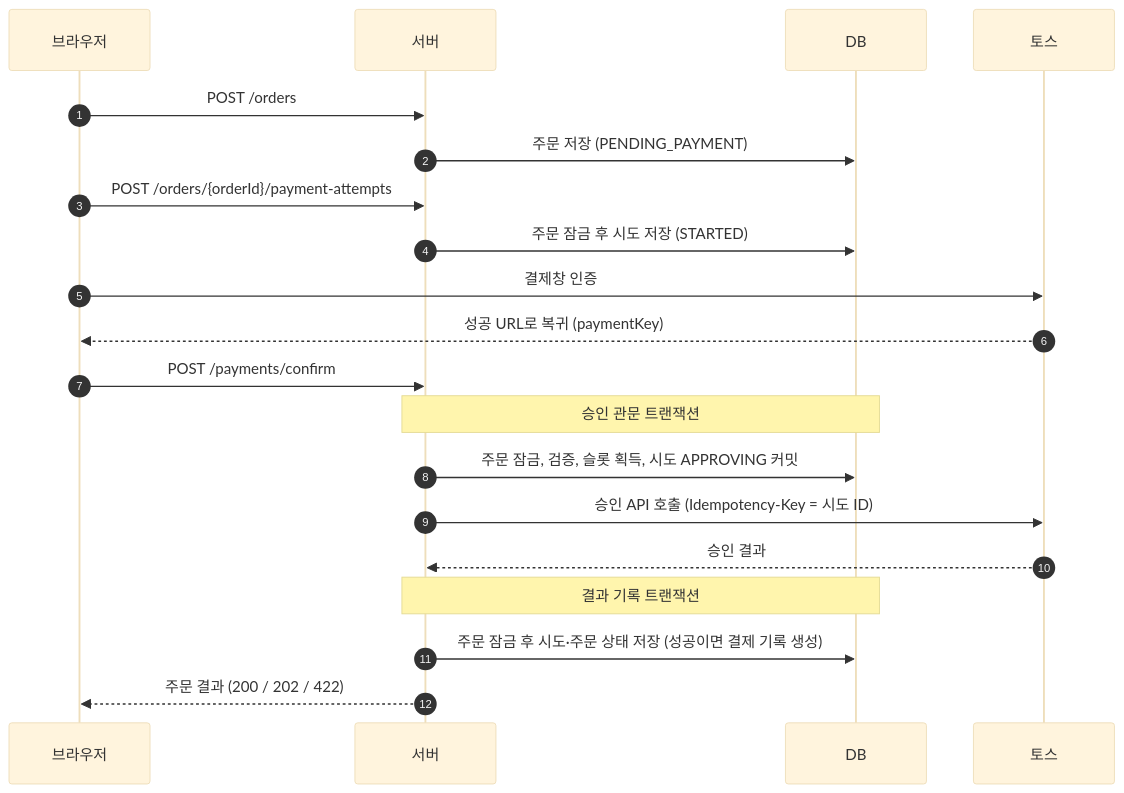
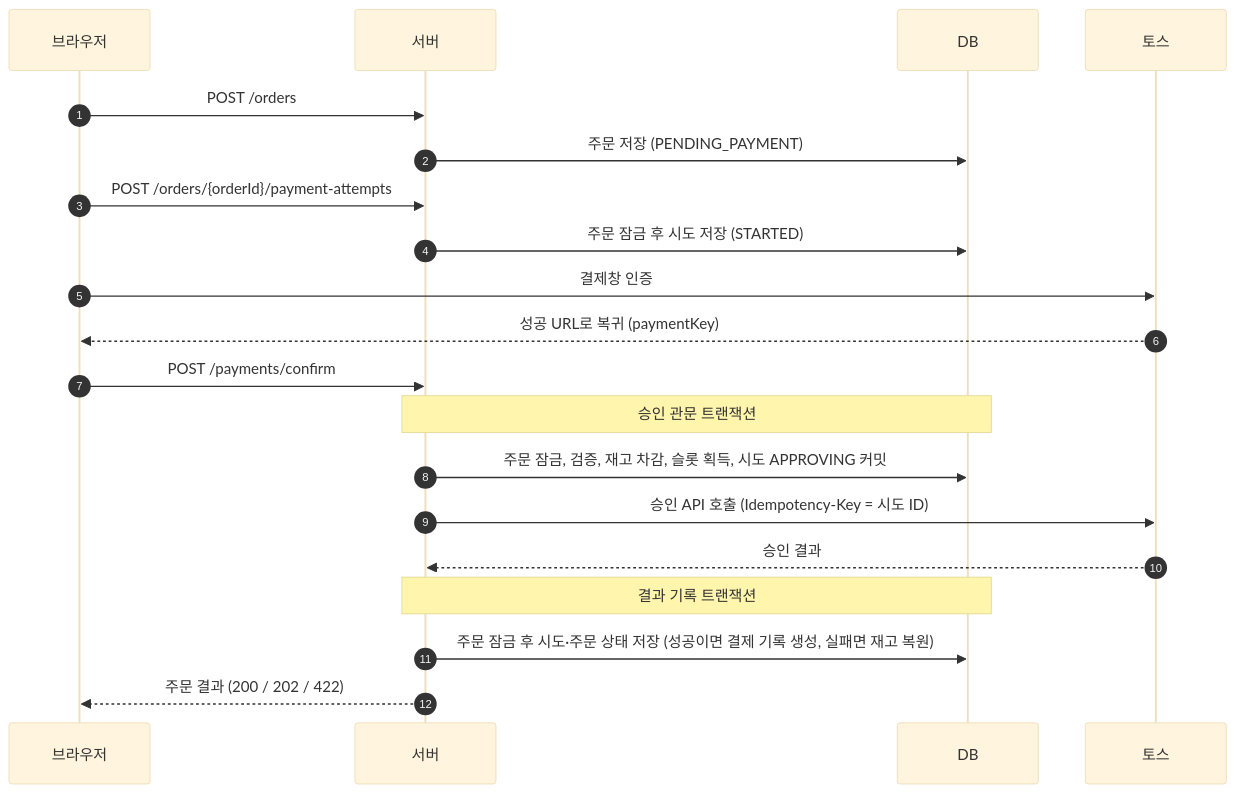
One commit to lee-gimoon/payment-service changed the first of 2 diagrams in docs/architecture.md. Above: the diagram before and after it, drawn with Mermaid (base theme). The commit also changed other lines of this file and 26 other files, not shown here.

````diff
--- a/docs/architecture.md
+++ b/docs/architecture.md
@@ -61,22 +63,22 @@
 ```mermaid
 sequenceDiagram
     autonumber
     participant B as 브라우저
     participant S as 서버
     participant D as DB
     participant T as 토스
     B->>S: POST /orders
     S->>D: 주문 저장 (PENDING_PAYMENT)
     B->>S: POST /orders/{orderId}/payment-attempts
     S->>D: 주문 잠금 후 시도 저장 (STARTED)
     B->>T: 결제창 인증
     T-->>B: 성공 URL로 복귀 (paymentKey)
     B->>S: POST /payments/confirm
     Note over S,D: 승인 관문 트랜잭션
-    S->>D: 주문 잠금, 검증, 슬롯 획득, 시도 APPROVING 커밋
+    S->>D: 주문 잠금, 검증, 재고 차감, 슬롯 획득, 시도 APPROVING 커밋
     S->>T: 승인 API 호출 (Idempotency-Key = 시도 ID)
     T-->>S: 승인 결과
     Note over S,D: 결과 기록 트랜잭션
-    S->>D: 주문 잠금 후 시도·주문 상태 저장 (성공이면 결제 기록 생성)
+    S->>D: 주문 잠금 후 시도·주문 상태 저장 (성공이면 결제 기록 생성, 실패면 재고 복원)
     S-->>B: 주문 결과 (200 / 202 / 422)
 ```
````
